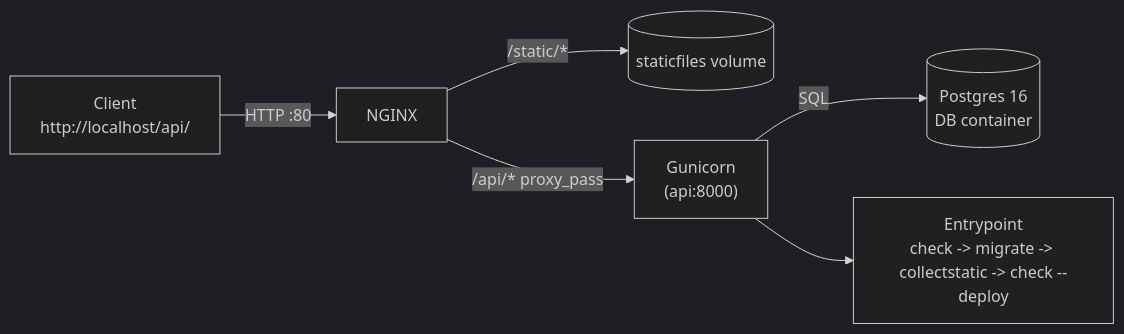
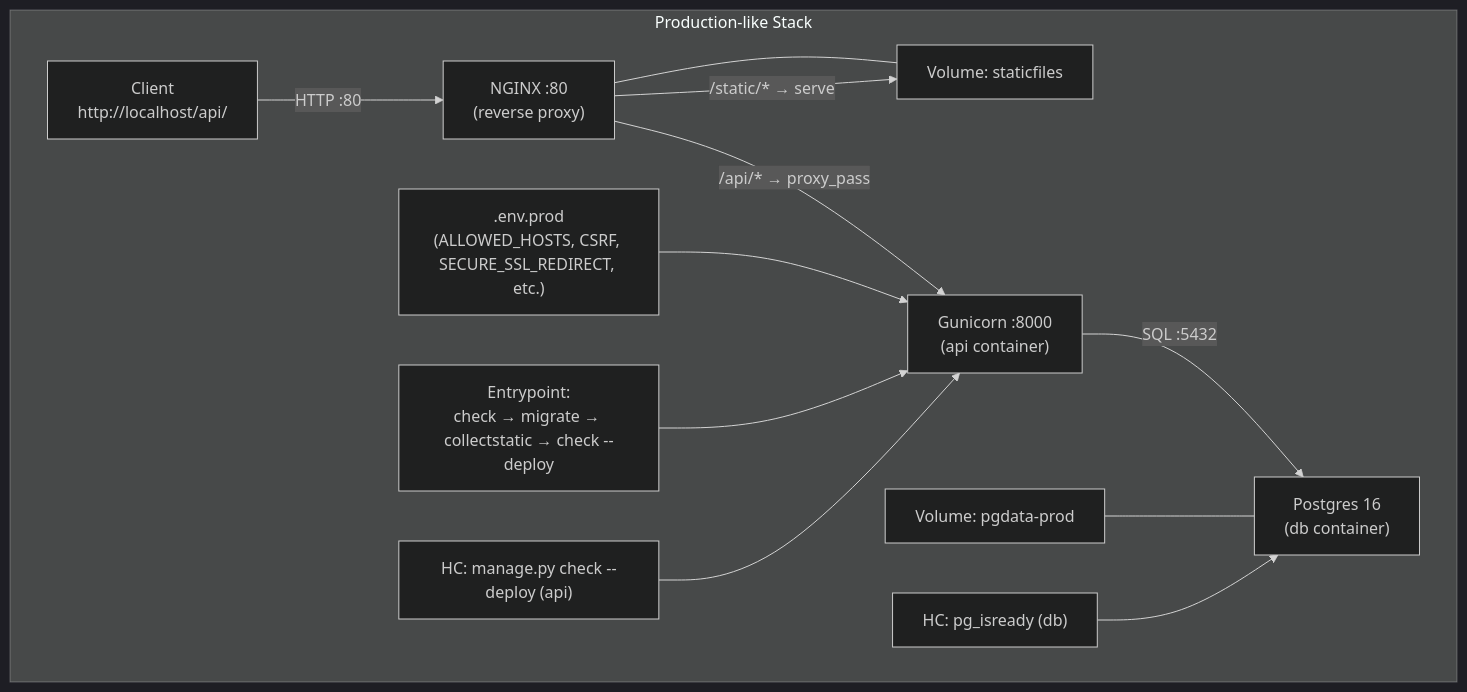
The second of 2 diagrams in README.md (N4927/billyApp), drawn with Mermaid (dark theme) before and after one commit. The commit also changed other lines of this file, not shown here.

````diff
--- a/README.md
+++ b/README.md
@@ -256,8 +258,27 @@
 ```mermaid
-flowchart LR
-  A["Client<br/>http://localhost/api/"] -->|"HTTP :80"| N["NGINX"]
-  N -->|"/static/*"| S[(staticfiles volume)]
-  N -->|"/api/* proxy_pass"| G["Gunicorn<br/>(api:8000)"]
-  G -->|SQL| P[(Postgres 16<br/>DB container)]
-  G --> E["Entrypoint<br/>check -> migrate -> collectstatic -> check --deploy"]
+flowchart TB
+  subgraph PROD["Production-like Stack"]
+    direction LR
+    A["Client\nhttp://localhost/api/"]
+    N["NGINX :80\n(reverse proxy)"]
+    G["Gunicorn :8000\n(api container)"]
+    P["Postgres 16\n(db container)"]
+    VS["Volume: staticfiles"]
+    VP["Volume: pgdata-prod"]
+    EP["Entrypoint:\ncheck → migrate → collectstatic → check --deploy"]
+    ENV[".env.prod\n(ALLOWED_HOSTS, CSRF, SECURE_SSL_REDIRECT, etc.)"]
+    HC1["HC: pg_isready (db)"]
+    HC2["HC: manage.py check --deploy (api)"]
+
+    A -->|HTTP :80| N
+    N -->|/api/* → proxy_pass| G
+    N -->|/static/* → serve| VS
+    G -->|SQL :5432| P
+    VP --- P
+    VS --- N
+    ENV --> G
+    EP --> G
+    HC1 --> P
+    HC2 --> G
+  end
 ```
````
